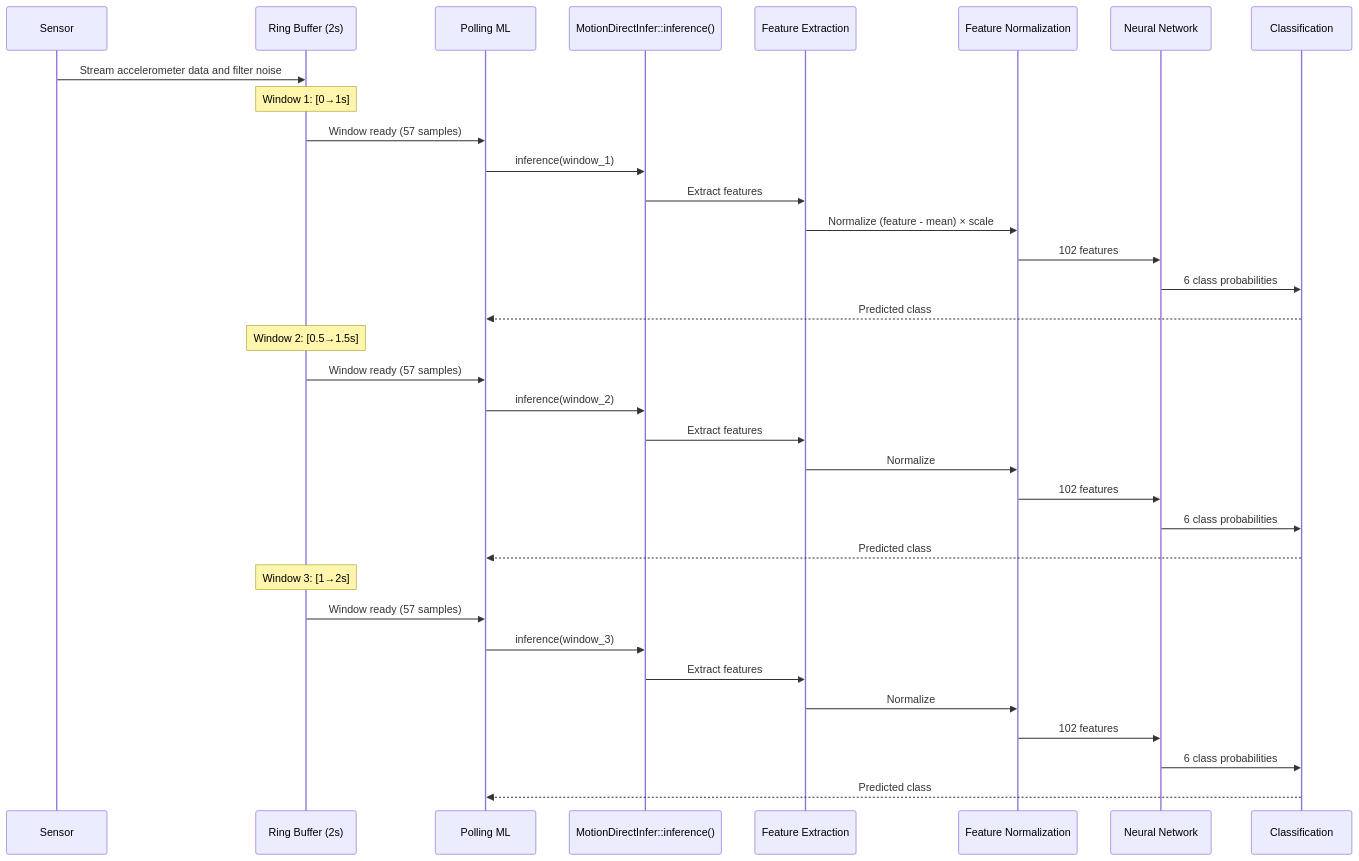
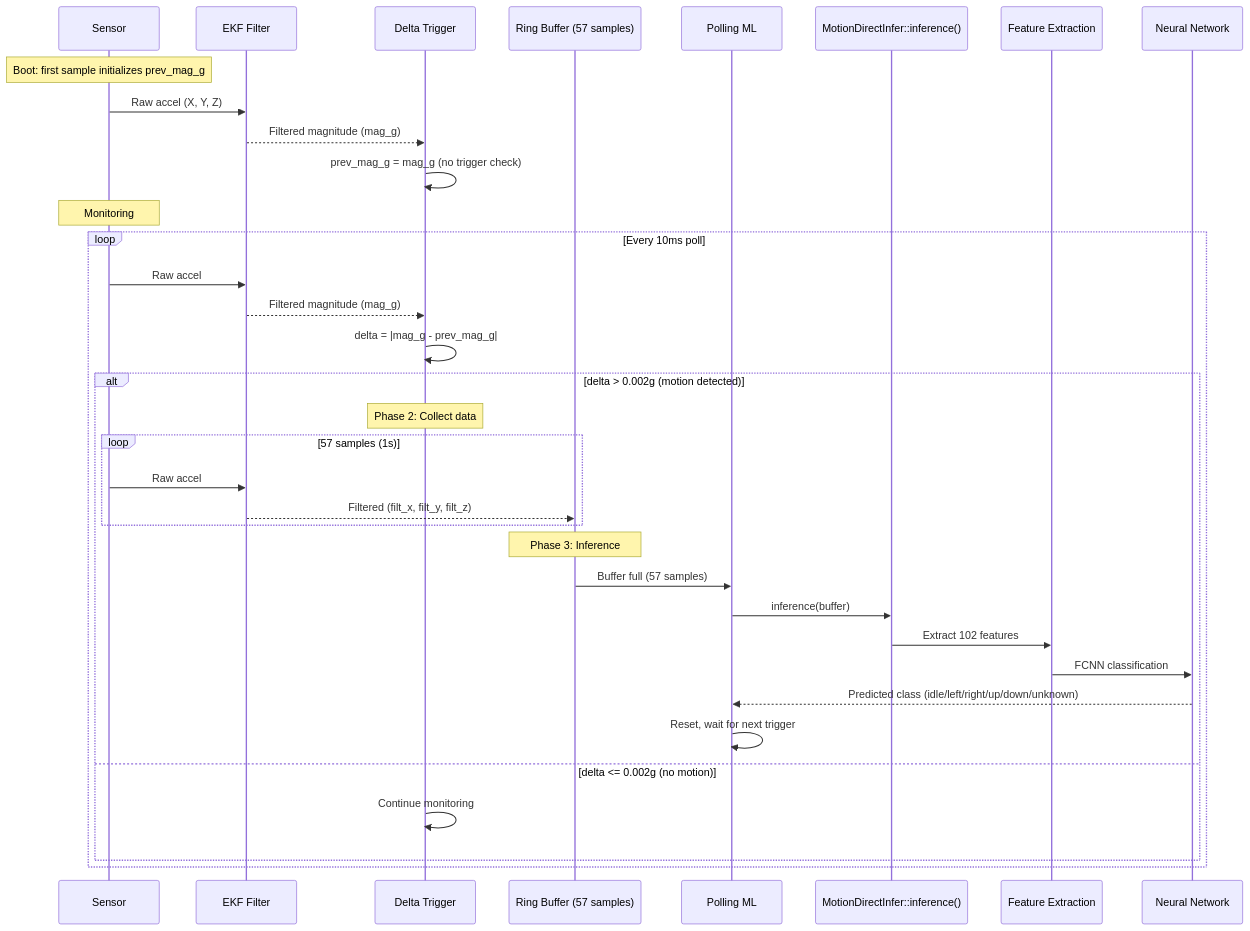
The diagram in application/sources/app/nn/docs/Readme.md (dovantuan02/ak-tinyML), drawn with Mermaid before and after one commit. The commit also changed other lines of this file and 6 other files, not shown here.

Commit message:
[ADD] implement trigger-based event detection and inference for motion classification

````diff
--- a/application/sources/app/nn/docs/Readme.md
+++ b/application/sources/app/nn/docs/Readme.md
@@ -138,40 +153,41 @@
 ```mermaid
 sequenceDiagram
     participant Sensor
-    participant RB as Ring Buffer (2s)
+    participant EKF as EKF Filter
+    participant Trig as Delta Trigger
+    participant RB as Ring Buffer (57 samples)
     participant Task as Polling ML
     participant Infer as MotionDirectInfer::inference()
     participant DSP as Feature Extraction
-    participant Norm as Feature Normalization
     participant NN as Neural Network
-    participant CLS as Classification
 
-    Sensor->>RB: Stream accelerometer data and filter noise
+    Note over Sensor: Boot: first sample initializes prev_mag_g
+    Sensor->>EKF: Raw accel (X, Y, Z)
+    EKF-->>Trig: Filtered magnitude (mag_g)
+    Trig->>Trig: prev_mag_g = mag_g (no trigger check)
 
-    Note over RB: Window 1: [0→1s]
-    RB->>Task: Window ready (57 samples)
-    Task->>Infer: inference(window_1)
-    Infer->>DSP: Extract features
-    DSP->>Norm: Normalize (feature - mean) × scale
-    Norm->>NN: 102 features
-    NN->>CLS: 6 class probabilities
-    CLS-->>Task: Predicted class
+    Note over Sensor: Monitoring
+    loop Every 10ms poll
+        Sensor->>EKF: Raw accel
+        EKF-->>Trig: Filtered magnitude (mag_g)
+        Trig->>Trig: delta = |mag_g - prev_mag_g|
 
-    Note over RB: Window 2: [0.5→1.5s]
-    RB->>Task: Window ready (57 samples)
-    Task->>Infer: inference(window_2)
-    Infer->>DSP: Extract features
-    DSP->>Norm: Normalize
-    Norm->>NN: 102 features
-    NN->>CLS: 6 class probabilities
-    CLS-->>Task: Predicted class
+        alt delta > 0.002g (motion detected)
+            Note over Trig: Phase 2: Collect data
+            loop 57 samples (1s)
+                Sensor->>EKF: Raw accel
+                EKF-->>RB: Filtered (filt_x, filt_y, filt_z)
+            end
 
-    Note over RB: Window 3: [1→2s]
-    RB->>Task: Window ready (57 samples)
-    Task->>Infer: inference(window_3)
-    Infer->>DSP: Extract features
-    DSP->>Norm: Normalize
-    Norm->>NN: 102 features
-    NN->>CLS: 6 class probabilities
-    CLS-->>Task: Predicted class
+            Note over RB: Phase 3: Inference
+            RB->>Task: Buffer full (57 samples)
+            Task->>Infer: inference(buffer)
+            Infer->>DSP: Extract 102 features
+            DSP->>NN: FCNN classification
+            NN-->>Task: Predicted class (idle/left/right/up/down/unknown)
+            Task->>Task: Reset, wait for next trigger
+        else delta <= 0.002g (no motion)
+            Trig->>Trig: Continue monitoring
+        end
+    end
 ```
````
